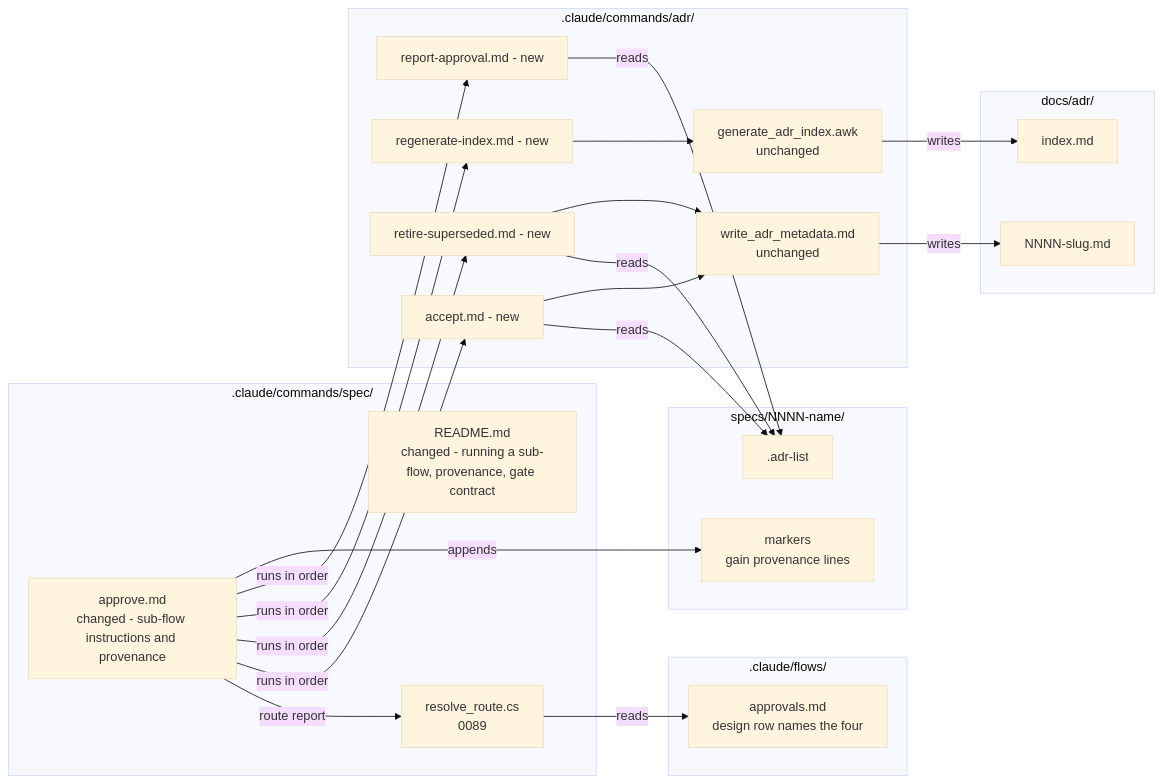
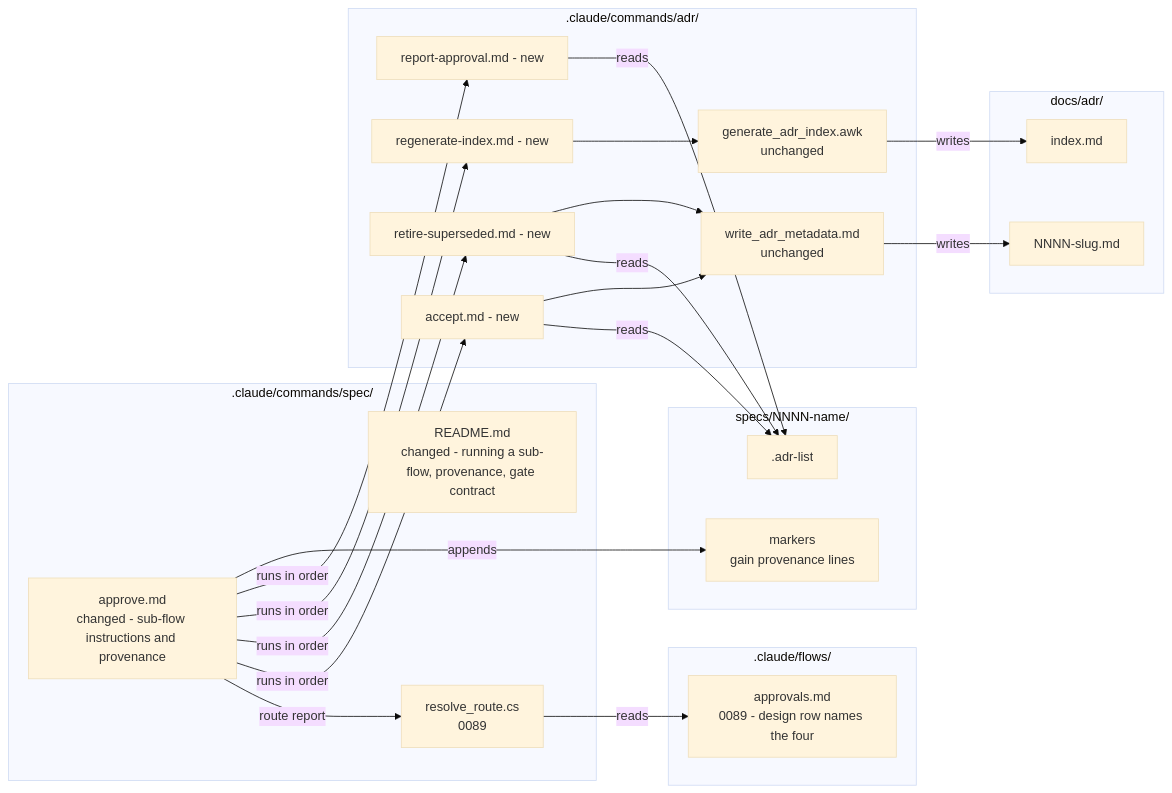
One commit to BrighterCommand/Brighter changed the second of 2 diagrams in docs/adr/0090-approval-sub-flows.md. Above: the diagram before and after it, drawn with Mermaid (base theme). The commit also changed other lines of this file, not shown here.

````diff
--- a/docs/adr/0090-approval-sub-flows.md
+++ b/docs/adr/0090-approval-sub-flows.md
@@ -263,42 +224,42 @@
 ```mermaid
 flowchart LR
     subgraph SPEC[".claude/commands/spec/"]
         AP["approve.md<br/>changed - sub-flow instructions and provenance"]
         RM["README.md<br/>changed - running a sub-flow, provenance, gate contract"]
         RR["resolve_route.cs<br/>0089"]
     end
     subgraph ADRC[".claude/commands/adr/"]
         ACC["accept.md - new"]
         RET["retire-superseded.md - new"]
         REG["regenerate-index.md - new"]
         REP["report-approval.md - new"]
         WAM["write_adr_metadata.md<br/>unchanged"]
         AWK["generate_adr_index.awk<br/>unchanged"]
     end
     subgraph FLOWS[".claude/flows/"]
-        AT["approvals.md<br/>design row names the four"]
+        AT["approvals.md<br/>0089 - design row names the four"]
     end
     subgraph DOCS["docs/adr/"]
         ADRS["NNNN-slug.md"]
         IDX["index.md"]
     end
     subgraph SPECS["specs/NNNN-name/"]
         MK["markers<br/>gain provenance lines"]
         AL[".adr-list"]
     end
     AP -->|route report| RR
     RR -->|reads| AT
     AP -->|runs in order| ACC
     AP -->|runs in order| RET
     AP -->|runs in order| REG
     AP -->|runs in order| REP
     AP -->|appends| MK
     ACC -->|reads| AL
     RET -->|reads| AL
     REP -->|reads| AL
     ACC --> WAM
     RET --> WAM
     WAM -->|writes| ADRS
     REG --> AWK
     AWK -->|writes| IDX
 ```
````
